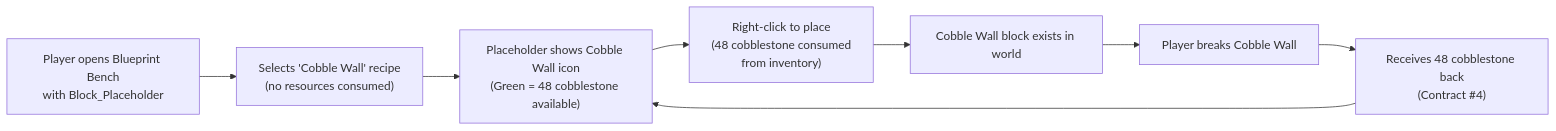
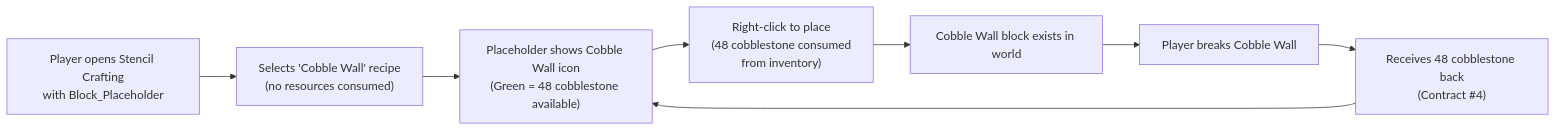
One commit to TheCodeCreature/Hytale-Example-Plugin changed the fourth of 4 diagrams in docs/product/vision.md. Above: the diagram before and after it, drawn with Mermaid. The commit also changed other lines of this file and 78 other files, not shown here.

First line of the commit message:
Refactor Blueprint Bench to Stencil Crafting

````diff
--- a/docs/product/vision.md
+++ b/docs/product/vision.md
@@ -150,10 +150,10 @@
 ```mermaid
 flowchart LR
-    A["Player opens Blueprint Bench\nwith Block_Placeholder"] --> B["Selects 'Cobble Wall' recipe\n(no resources consumed)"]
+    A["Player opens Stencil Crafting\nwith Block_Placeholder"] --> B["Selects 'Cobble Wall' recipe\n(no resources consumed)"]
     B --> C["Placeholder shows Cobble Wall icon\n(Green = 48 cobblestone available)"]
     C --> D["Right-click to place\n(48 cobblestone consumed\nfrom inventory)"]
     D --> E["Cobble Wall block exists in world"]
     E --> F["Player breaks Cobble Wall"]
     F --> G["Receives 48 cobblestone back\n(Contract #4)"]
     G --> C
 ```
````
